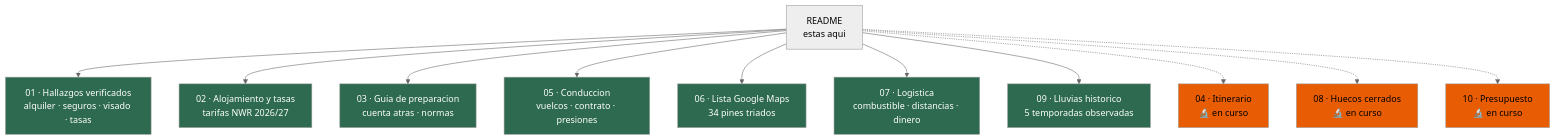
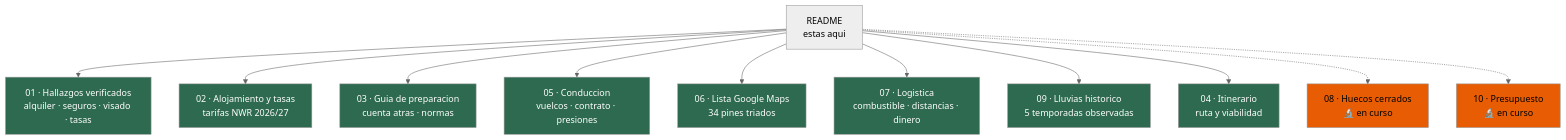
The ninth of 11 diagrams in README.md (morandeirachema/namibia), drawn with Mermaid (neutral theme) before and after one commit. The commit also changed other lines of this file and 1 other file, not shown here.

First line of the commit message:
Anadir el itinerario con distancias reales y el veredicto de viabilidad

````diff
--- a/README.md
+++ b/README.md
@@ -232,24 +259,24 @@
 ```mermaid
 flowchart TD
     R["README<br/>estas aqui"]
     R --> D1["01 · Hallazgos verificados<br/>alquiler · seguros · visado · tasas"]
     R --> D2["02 · Alojamiento y tasas<br/>tarifas NWR 2026/27"]
     R --> D3["03 · Guia de preparacion<br/>cuenta atras · normas"]
     R --> D5["05 · Conduccion<br/>vuelcos · contrato · presiones"]
     R --> D6["06 · Lista Google Maps<br/>34 pines triados"]
     R --> D7["07 · Logistica<br/>combustible · distancias · dinero"]
     R --> D9["09 · Lluvias historico<br/>5 temporadas observadas"]
-    R -.-> D4["04 · Itinerario<br/>🔬 en curso"]
+    R --> D4["04 · Itinerario<br/>ruta y viabilidad"]
     R -.-> D8["08 · Huecos cerrados<br/>🔬 en curso"]
     R -.-> D10["10 · Presupuesto<br/>🔬 en curso"]
     style D1 fill:#2d6a4f,color:#fff
     style D2 fill:#2d6a4f,color:#fff
     style D3 fill:#2d6a4f,color:#fff
+    style D4 fill:#2d6a4f,color:#fff
     style D5 fill:#2d6a4f,color:#fff
     style D6 fill:#2d6a4f,color:#fff
     style D7 fill:#2d6a4f,color:#fff
     style D9 fill:#2d6a4f,color:#fff
-    style D4 fill:#e85d04,color:#000
     style D8 fill:#e85d04,color:#000
     style D10 fill:#e85d04,color:#000
 ```
````
